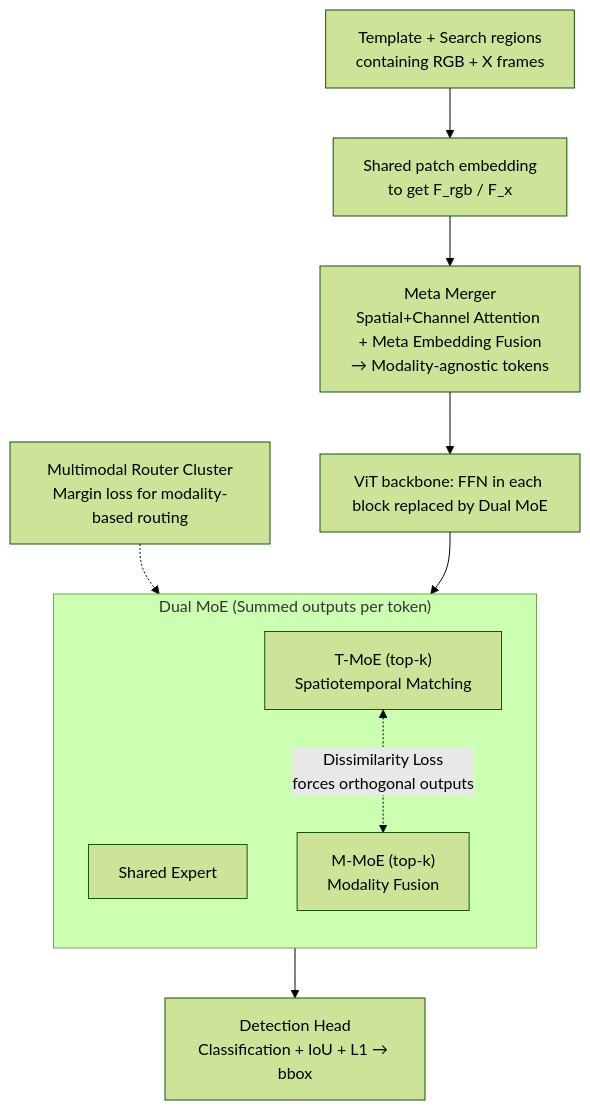
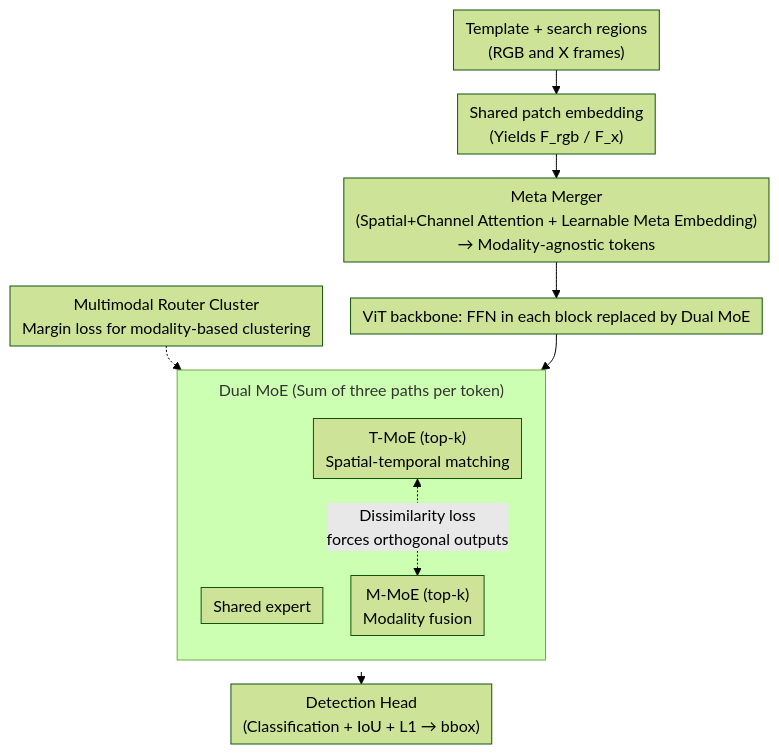
The diagram in docs/ICML2026/video_understanding/unified_multimodal_visual_tracking_with_dual_mixture-of-experts.md (zhaoyang97/Paper-Notes-en), drawn with Mermaid (forest theme) before and after one commit. The commit also changed other lines of this file and 5084 other files, not shown here.

````diff
--- a/docs/ICML2026/video_understanding/unified_multimodal_visual_tracking_with_dual_mixture-of-experts.md
+++ b/docs/ICML2026/video_understanding/unified_multimodal_visual_tracking_with_dual_mixture-of-experts.md
@@ -43,16 +43,17 @@
 ```mermaid
-graph TD
-    A["Template + Search regions<br/>containing RGB + X frames"] --> B["Shared patch embedding<br/>to get F_rgb / F_x"]
-    B --> C["Meta Merger<br/>Spatial+Channel Attention + Meta Embedding Fusion<br/>→ Modality-agnostic tokens"]
+%%{init: {'flowchart': {'rankSpacing': 24, 'nodeSpacing': 28, 'padding': 6, 'wrappingWidth': 420, 'subGraphTitleMargin': {'top': 8, 'bottom': 16}}}}%%
+flowchart TD
+    A["Template + search regions<br/>(RGB and X frames)"] --> B["Shared patch embedding<br/>(Yields F_rgb / F_x)"]
+    B --> C["Meta Merger<br/>(Spatial+Channel Attention + Learnable Meta Embedding)<br/>→ Modality-agnostic tokens"]
     C --> D["ViT backbone: FFN in each block replaced by Dual MoE"]
     D --> DMOE
-    subgraph DMOE["Dual MoE (Summed outputs per token)"]
+    subgraph DMOE["Dual MoE (Sum of three paths per token)"]
         direction TB
-        E["Shared Expert"]
-        F["T-MoE (top-k)<br/>Spatiotemporal Matching"]
-        G["M-MoE (top-k)<br/>Modality Fusion"]
+        E["Shared expert"]
+        F["T-MoE (top-k)<br/>Spatial-temporal matching"]
+        G["M-MoE (top-k)<br/>Modality fusion"]
     end
-    F <-.->|Dissimilarity Loss<br/>forces orthogonal outputs| G
-    RC["Multimodal Router Cluster<br/>Margin loss for modality-based routing"] -.-> G
-    DMOE --> H["Detection Head<br/>Classification + IoU + L1 → bbox"]
+    F <-.->|Dissimilarity loss<br/>forces orthogonal outputs| G
+    RC["Multimodal Router Cluster<br/>Margin loss for modality-based clustering"] -.-> G
+    DMOE --> H["Detection Head<br/>(Classification + IoU + L1 → bbox)"]
 ```
````
